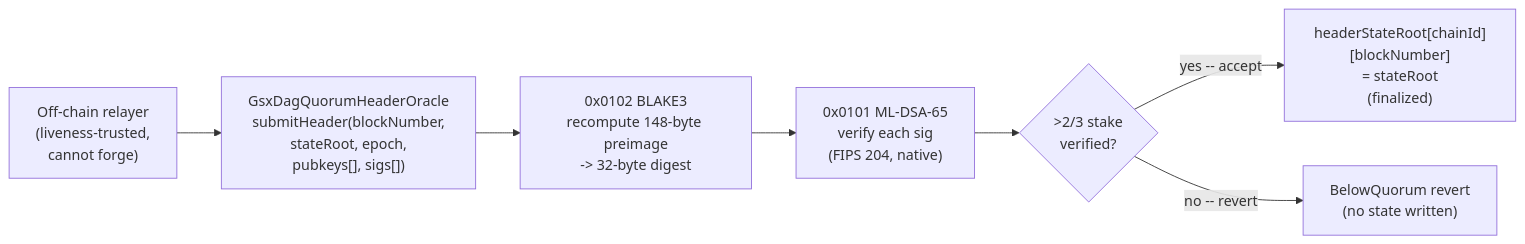
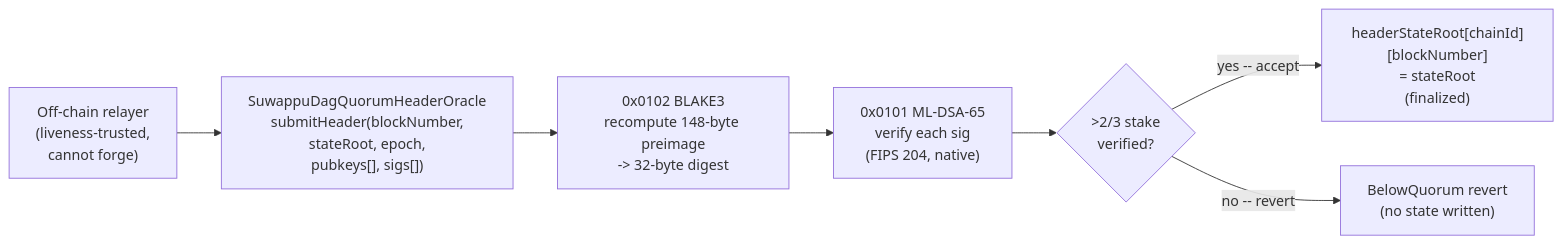
Before and after one commit to Suwappu-Labs/suwappu-revm: the diagram in README.md, drawn with Mermaid. The commit also changed other lines of this file and 10 other files, not shown here.

````diff
--- a/README.md
+++ b/README.md
@@ -259,9 +259,9 @@
 ```mermaid
 flowchart LR
-    Relayer["Off-chain relayer\n(liveness-trusted,\ncannot forge)"] --> Oracle["GsxDagQuorumHeaderOracle\nsubmitHeader(blockNumber,\nstateRoot, epoch,\npubkeys[], sigs[])"]
+    Relayer["Off-chain relayer\n(liveness-trusted,\ncannot forge)"] --> Oracle["SuwappuDagQuorumHeaderOracle\nsubmitHeader(blockNumber,\nstateRoot, epoch,\npubkeys[], sigs[])"]
     Oracle --> B3["0x0102 BLAKE3\nrecompute 148-byte preimage\n-> 32-byte digest"]
     B3 --> MLDSA["0x0101 ML-DSA-65\nverify each sig\n(FIPS 204, native)"]
     MLDSA --> Quorum{">2/3 stake\nverified?"}
     Quorum -->|"yes -- accept"| Finalize["headerStateRoot[chainId][blockNumber]\n= stateRoot\n(finalized)"]
     Quorum -->|"no -- revert"| Reject["BelowQuorum revert\n(no state written)"]
 ```
````
